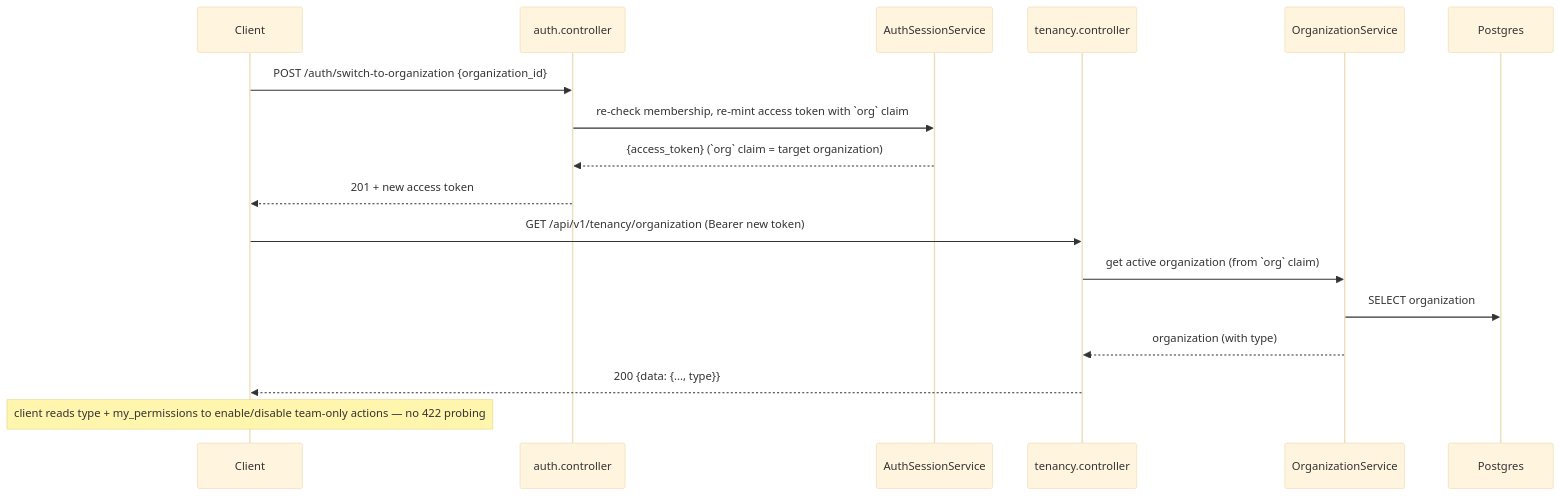
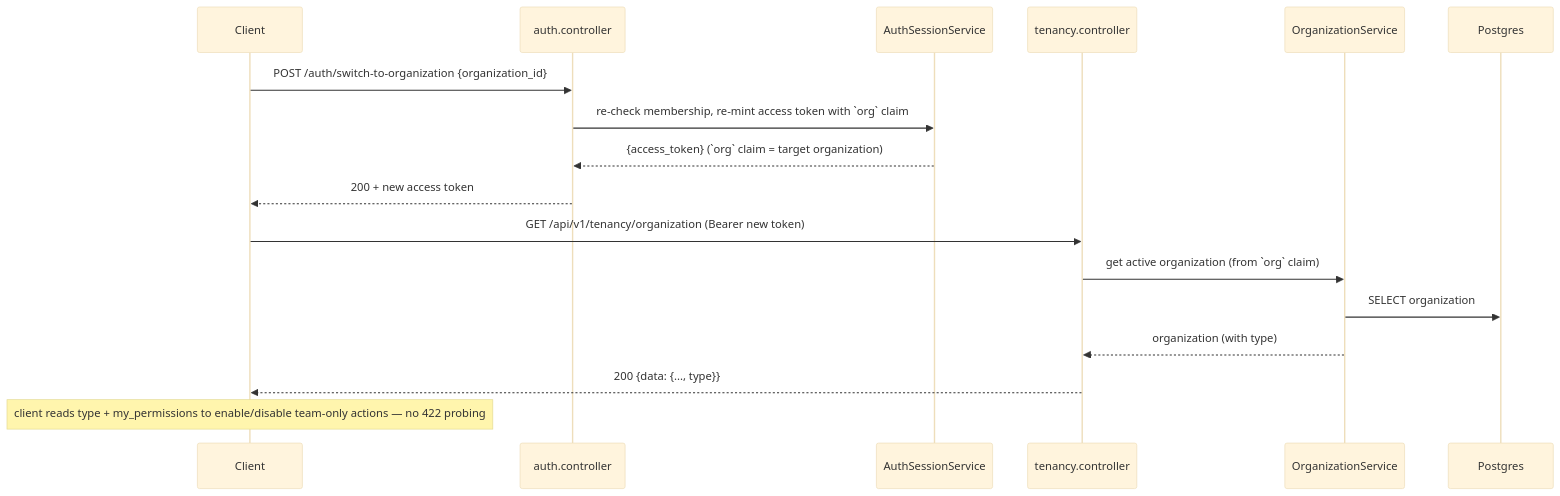
One commit to albetrios/clinozy-be changed the third of 9 diagrams in src/FLOWS.md. Above: the diagram before and after it, drawn with Mermaid (base theme). The commit also changed other lines of this file and 5 other files, not shown here.

````diff
--- a/src/FLOWS.md
+++ b/src/FLOWS.md
@@ -131,19 +131,19 @@
 ```mermaid
 sequenceDiagram
   participant Client
   participant Auth as auth.controller
   participant Sess as AuthSessionService
   participant Tenancy as tenancy.controller
   participant Org as OrganizationService
   participant DB as Postgres
   Client->>Auth: POST /auth/switch-to-organization {organization_id}
   Auth->>Sess: re-check membership, re-mint access token with `org` claim
   Sess-->>Auth: {access_token} (`org` claim = target organization)
-  Auth-->>Client: 201 + new access token
+  Auth-->>Client: 200 + new access token
   Client->>Tenancy: GET /api/v1/tenancy/organization (Bearer new token)
   Tenancy->>Org: get active organization (from `org` claim)
   Org->>DB: SELECT organization
   Org-->>Tenancy: organization (with type)
   Tenancy-->>Client: 200 {data: {..., type}}
   Note over Client: client reads type + my_permissions to enable/disable team-only actions — no 422 probing
 ```
````
